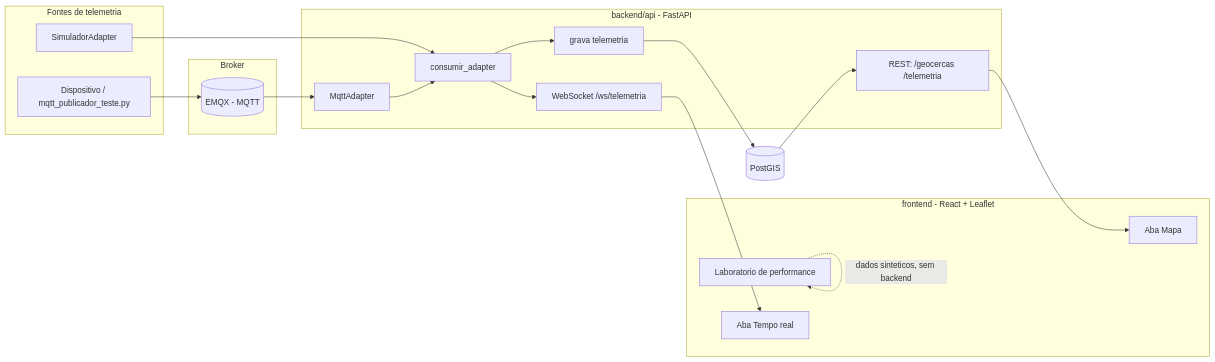
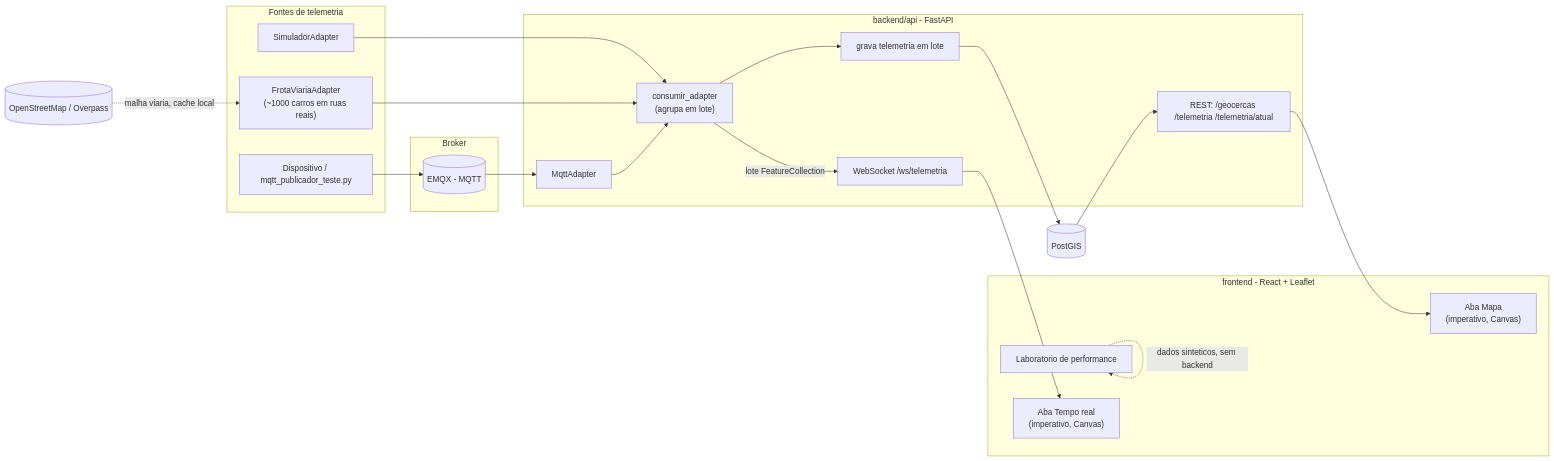
Before and after one commit to felipeadsm/map-stack: the diagram in README.md, drawn with Mermaid. The commit also changed other lines of this file, not shown here.

````diff
--- a/README.md
+++ b/README.md
@@ -7,36 +7,40 @@
 ```mermaid
 flowchart LR
     subgraph Fontes de telemetria
         SIM[SimuladorAdapter]
+        FROTA["FrotaViariaAdapter\n(~1000 carros em ruas reais)"]
         MQ_PUB[Dispositivo / mqtt_publicador_teste.py]
     end
+
+    OSM[(OpenStreetMap / Overpass)] -.malha viaria, cache local.-> FROTA
 
     subgraph Broker
         EMQX[(EMQX - MQTT)]
     end
 
     subgraph Backend [backend/api - FastAPI]
         MQTT_A[MqttAdapter]
-        CONSUMIR[consumir_adapter]
-        DB_W[grava telemetria]
+        CONSUMIR["consumir_adapter\n(agrupa em lote)"]
+        DB_W[grava telemetria em lote]
         WS[WebSocket /ws/telemetria]
-        REST["REST: /geocercas /telemetria"]
+        REST["REST: /geocercas /telemetria /telemetria/atual"]
     end
 
     PG[(PostGIS)]
 
     subgraph Frontend [frontend - React + Leaflet]
-        MAPA[Aba Mapa]
+        MAPA["Aba Mapa\n(imperativo, Canvas)"]
         LAB[Laboratorio de performance]
-        TR[Aba Tempo real]
+        TR["Aba Tempo real\n(imperativo, Canvas)"]
     end
 
     SIM --> CONSUMIR
+    FROTA --> CONSUMIR
     MQ_PUB --> EMQX --> MQTT_A --> CONSUMIR
     CONSUMIR --> DB_W --> PG
-    CONSUMIR --> WS
+    CONSUMIR -- lote FeatureCollection --> WS
     PG --> REST
     REST --> MAPA
     WS --> TR
     LAB -.dados sinteticos, sem backend.-> LAB
 ```
````
